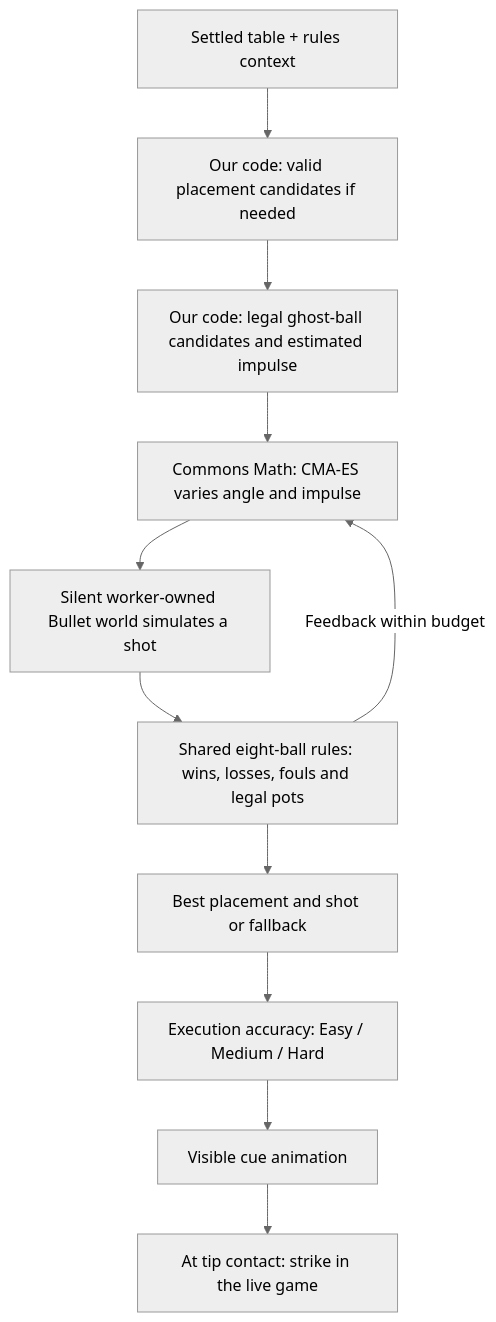
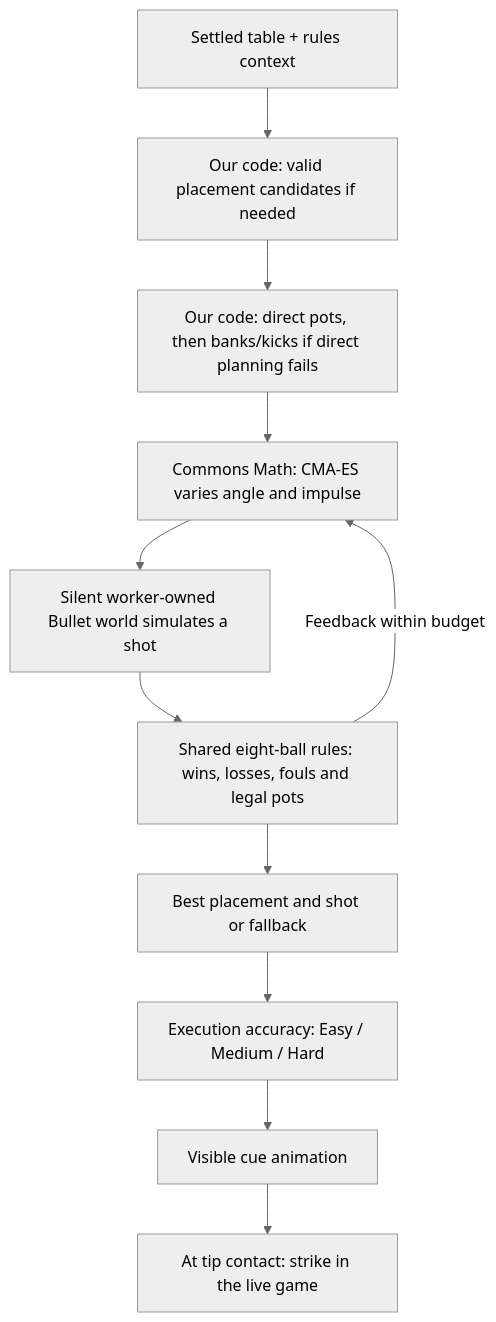
The first of 2 diagrams in README.md (ffeltrinelli/pool-android), drawn with Mermaid (neutral theme) before and after one commit. The commit also changed other lines of this file and 42 other files, not shown here.

````diff
--- a/README.md
+++ b/README.md
@@ -226,13 +226,13 @@
 ```mermaid
 flowchart TD
     A[Settled table + rules context] --> P[Our code: valid placement candidates if needed]
-    P --> B[Our code: legal ghost-ball candidates and estimated impulse]
+    P --> B[Our code: direct pots, then banks/kicks if direct planning fails]
     B --> C[Commons Math: CMA-ES varies angle and impulse]
     C --> D[Silent worker-owned Bullet world simulates a shot]
     D --> E[Shared eight-ball rules: wins, losses, fouls and legal pots]
     E -->|Feedback within budget| C
     E --> F[Best placement and shot or fallback]
     F --> G[Execution accuracy: Easy / Medium / Hard]
     G --> H[Visible cue animation]
     H --> I[At tip contact: strike in the live game]
 ```
````
